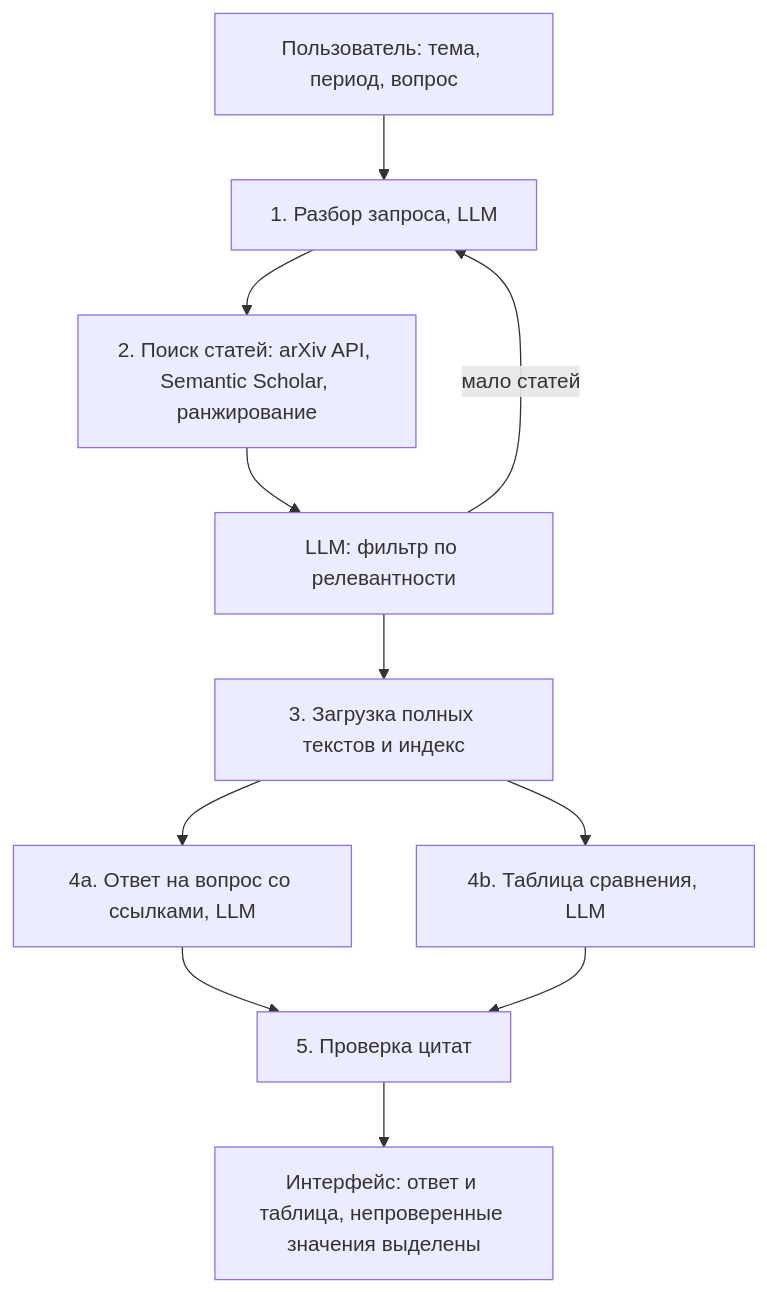
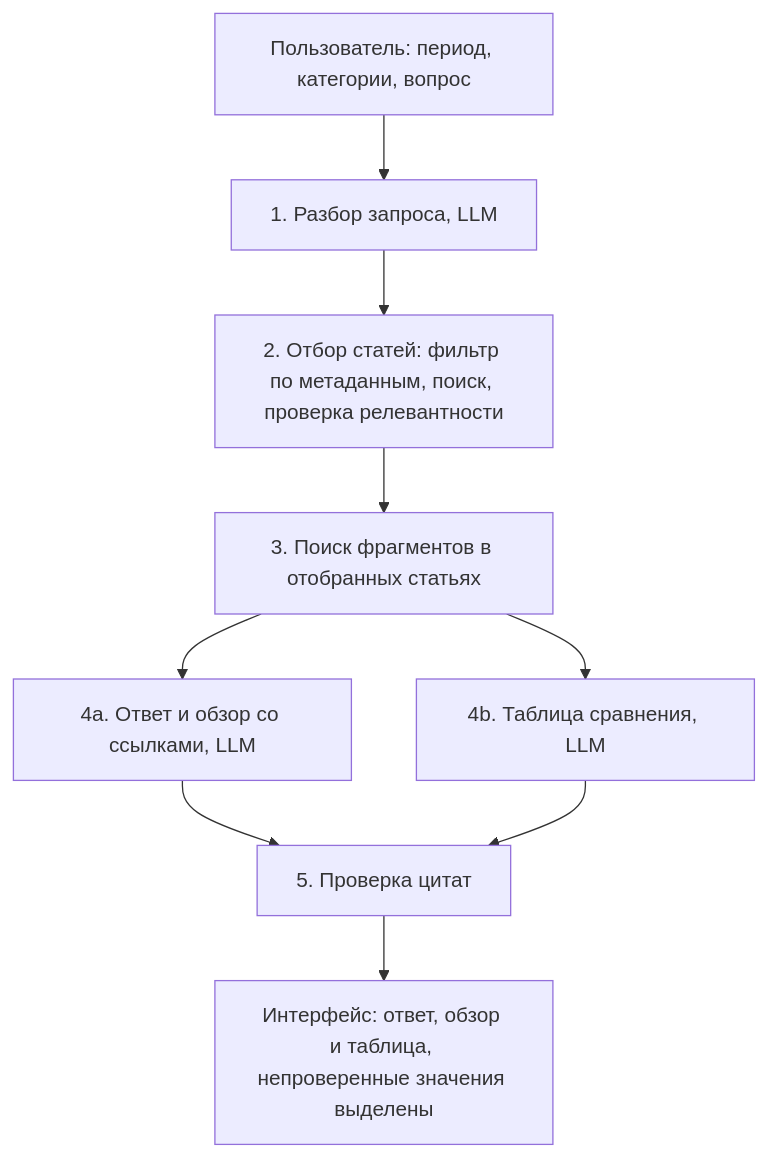
Before and after one commit to ejustilia-svg/arxiv-research-navigator: the diagram in docs/checkpoint1_report.md, drawn with Mermaid. The commit also changed other lines of this file and 6 other files, not shown here.

````diff
--- a/docs/checkpoint1_report.md
+++ b/docs/checkpoint1_report.md
@@ -121,13 +118,11 @@
 ```mermaid
 flowchart TD
-    U[Пользователь: тема, период, вопрос] --> QP[1. Разбор запроса, LLM]
-    QP --> S[2. Поиск статей: arXiv API, Semantic Scholar, ранжирование]
-    S --> F[LLM: фильтр по релевантности]
-    F -- мало статей --> QP
-    F --> L[3. Загрузка полных текстов и индекс]
-    L --> A[4a. Ответ на вопрос со ссылками, LLM]
-    L --> T[4b. Таблица сравнения, LLM]
+    U[Пользователь: период, категории, вопрос] --> QP[1. Разбор запроса, LLM]
+    QP --> S[2. Отбор статей: фильтр по метаданным, поиск, проверка релевантности]
+    S --> R[3. Поиск фрагментов в отобранных статьях]
+    R --> A[4a. Ответ и обзор со ссылками, LLM]
+    R --> T[4b. Таблица сравнения, LLM]
     A --> V[5. Проверка цитат]
     T --> V
-    V --> UI[Интерфейс: ответ и таблица, непроверенные значения выделены]
+    V --> UI[Интерфейс: ответ, обзор и таблица, непроверенные значения выделены]
 ```
````
